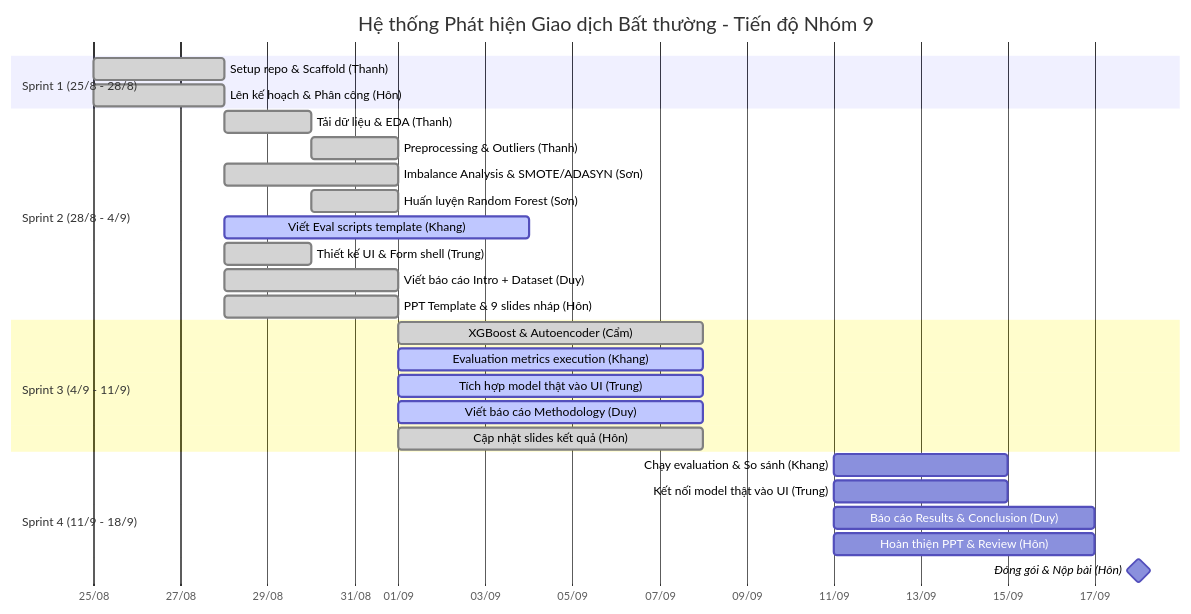
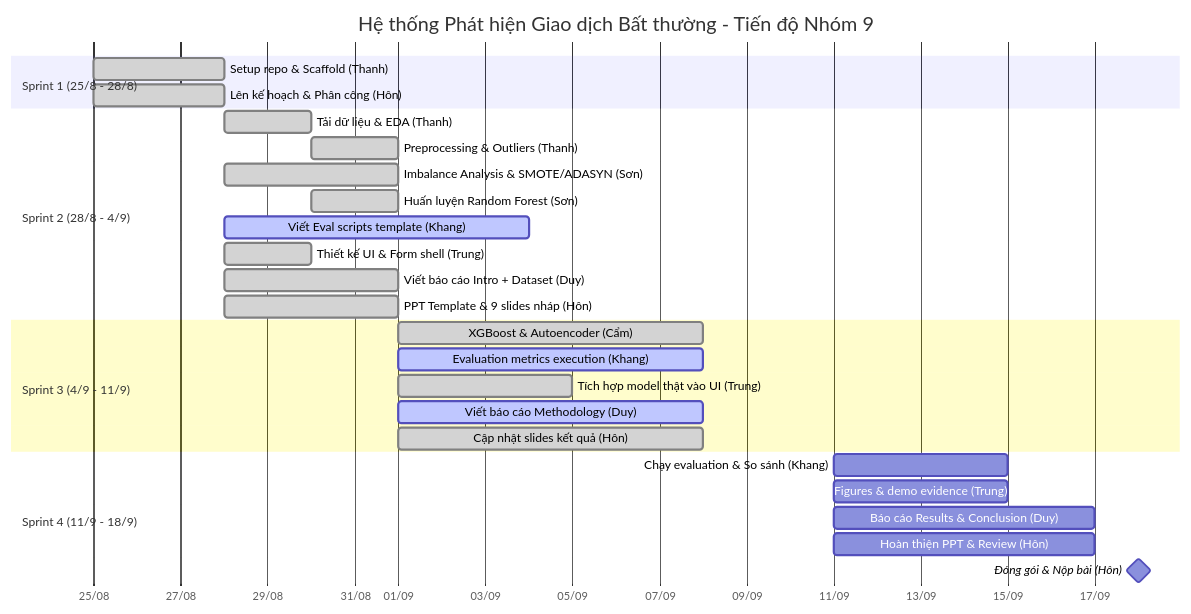
Before and after one commit to uit-25730067-chithanh/CS106-Team09-Fraud-Detection: the diagram in draft/fraud-detection/docs/project-roadmap.md, drawn with Mermaid. The commit also changed other lines of this file and 5 other files, not shown here.

Commit message:
docs(phase06): sync Trung demo progress

````diff
--- a/draft/fraud-detection/docs/project-roadmap.md
+++ b/draft/fraud-detection/docs/project-roadmap.md
@@ -13,35 +13,35 @@
 ```mermaid
 gantt
     title Hệ thống Phát hiện Giao dịch Bất thường - Tiến độ Nhóm 9
     dateFormat  YYYY-MM-DD
     axisFormat  %d/%m
     tickInterval 1w
 
     section Sprint 1 (25/8 - 28/8)
     Setup repo & Scaffold (Thanh)        :done, s1_1, 2026-08-25, 2026-08-28
     Lên kế hoạch & Phân công (Hôn)      :done, s1_2, 2026-08-25, 2026-08-28
 
     section Sprint 2 (28/8 - 4/9)
     Tải dữ liệu & EDA (Thanh)            :done, s2_1, 2026-08-28, 2d
     Preprocessing & Outliers (Thanh)     :done, s2_2, 2026-08-30, 2d
     Imbalance Analysis & SMOTE/ADASYN (Sơn) :done, s2_3, 2026-08-28, 4d
     Huấn luyện Random Forest (Sơn)       :done, s2_4, 2026-08-30, 2d
     Viết Eval scripts template (Khang)   :active, s2_5, 2026-08-28, 7d
     Thiết kế UI & Form shell (Trung)     :done, s2_6, 2026-08-28, 2d
     Viết báo cáo Intro + Dataset (Duy)   :done, s2_7, 2026-08-28, 4d
     PPT Template & 9 slides nháp (Hôn)   :done, s2_8, 2026-08-28, 4d
 
     section Sprint 3 (4/9 - 11/9)
     XGBoost & Autoencoder (Cẩm)          :done, s3_1, 2026-09-01, 7d
     Evaluation metrics execution (Khang) :active, s3_2, 2026-09-01, 7d
-    Tích hợp model thật vào UI (Trung)   :active, s3_3, 2026-09-01, 7d
+    Tích hợp model thật vào UI (Trung)   :done, s3_3, 2026-09-01, 4d
     Viết báo cáo Methodology (Duy)       :active, s3_4, 2026-09-01, 7d
     Cập nhật slides kết quả (Hôn)        :done, s3_5, 2026-09-01, 7d
 
     section Sprint 4 (11/9 - 18/9)
     Chạy evaluation & So sánh (Khang)   :s4_1, 2026-09-11, 4d
-    Kết nối model thật vào UI (Trung)    :s4_2, 2026-09-11, 4d
+    Figures & demo evidence (Trung)      :s4_2, 2026-09-11, 4d
     Báo cáo Results & Conclusion (Duy)   :s4_3, 2026-09-11, 6d
     Hoàn thiện PPT & Review (Hôn)        :s4_4, 2026-09-11, 6d
     Đóng gói & Nộp bài (Hôn)             :milestone, s4_5, 2026-09-18, 0d
 ```
````
